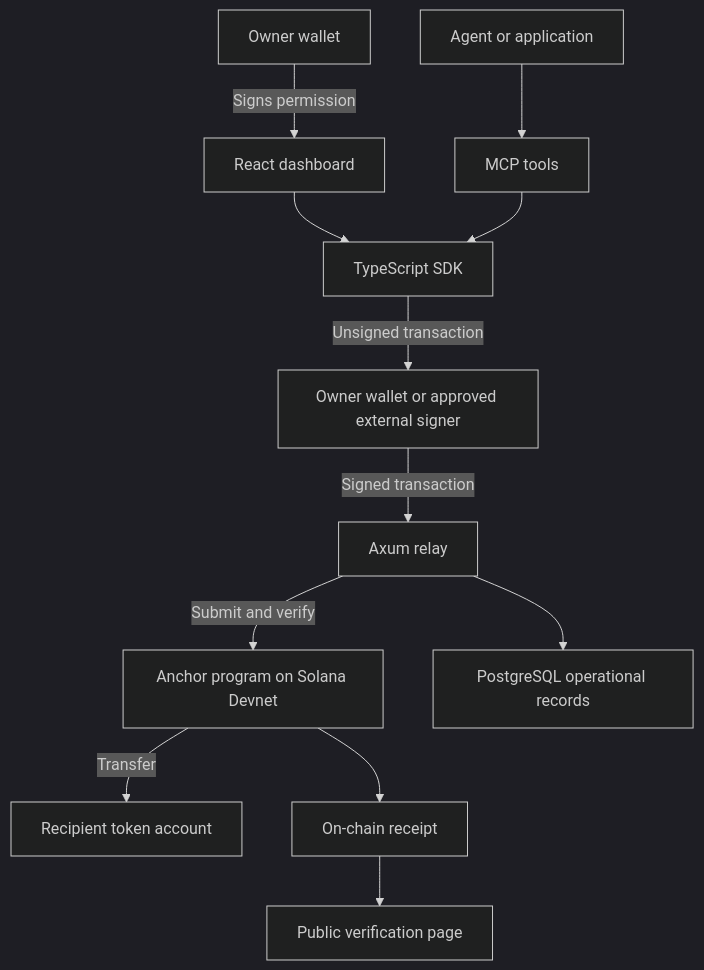
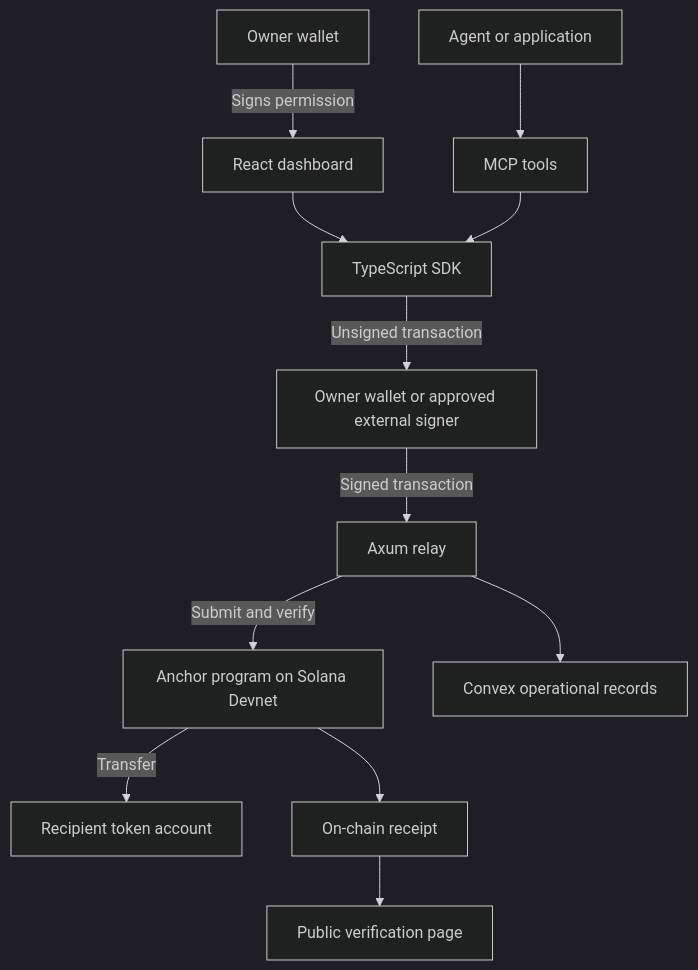
One commit to stawuah/chainpay-mcp-sdk changed the diagram in docs/reference/architecture.md. Above: the diagram before and after it, drawn with Mermaid (dark theme). The commit also changed other lines of this file and 47 other files, not shown here.

````diff
--- a/docs/reference/architecture.md
+++ b/docs/reference/architecture.md
@@ -6,14 +6,14 @@
 ```mermaid
 flowchart TD
     Owner[Owner wallet] -->|Signs permission| UI[React dashboard]
     Agent[Agent or application] --> MCP[MCP tools]
     UI --> SDK[TypeScript SDK]
     MCP --> SDK
     SDK -->|Unsigned transaction| Signer[Owner wallet or approved external signer]
     Signer -->|Signed transaction| Relay[Axum relay]
     Relay -->|Submit and verify| Program[Anchor program on Solana Devnet]
     Program -->|Transfer| Recipient[Recipient token account]
     Program --> Receipt[On-chain receipt]
-    Relay --> DB[PostgreSQL operational records]
+    Relay --> DB[Convex operational records]
     Receipt --> Verify[Public verification page]
 ```
````
